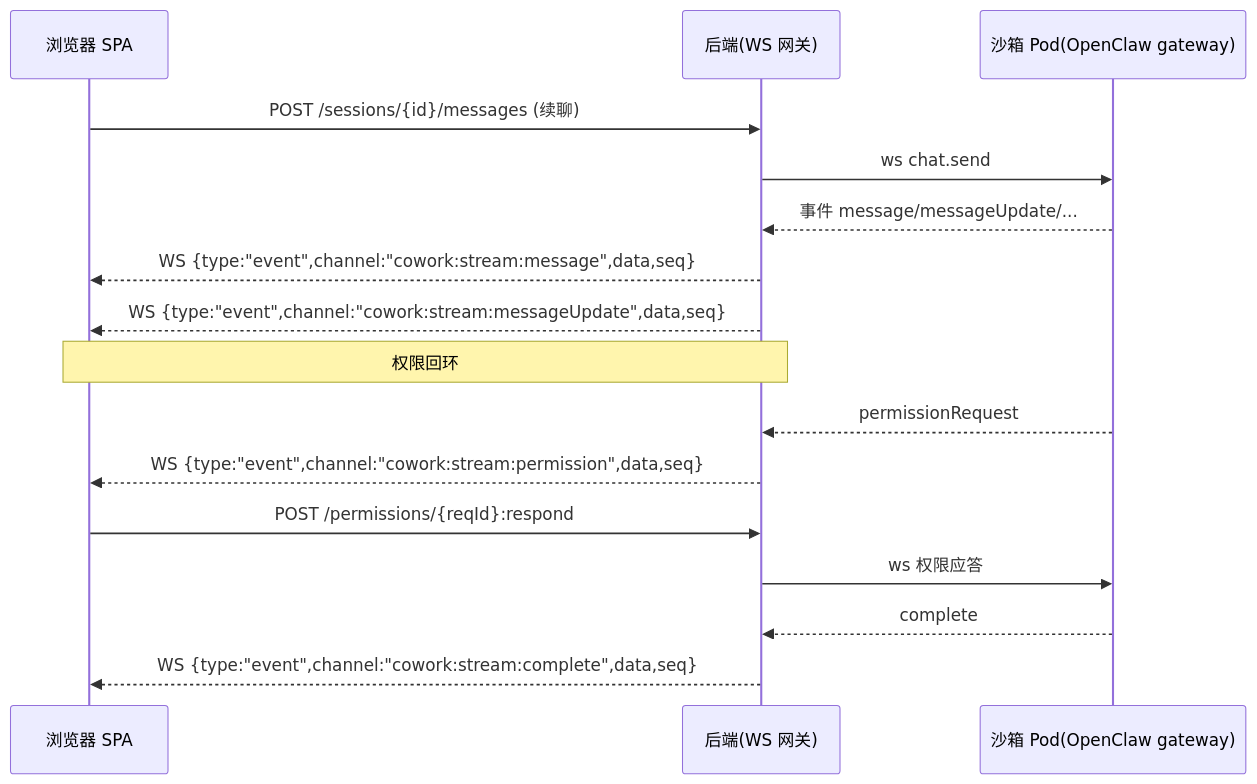
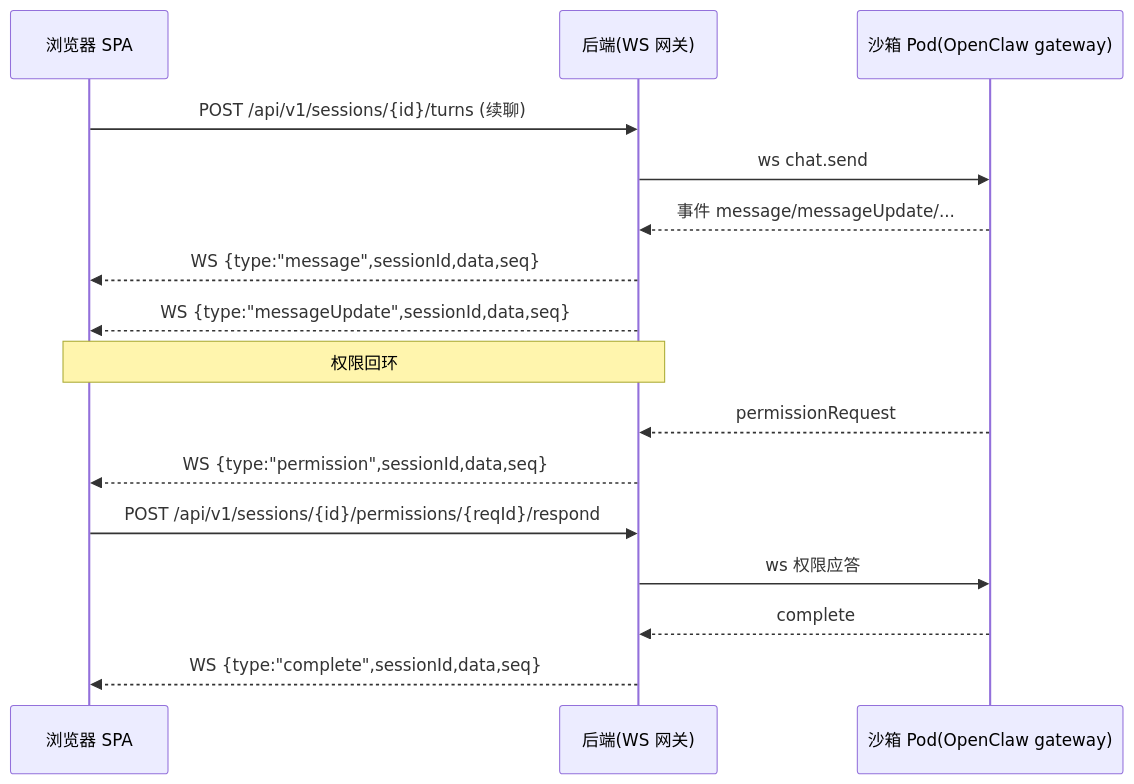
The second of 2 diagrams in 改造计划/附录A-IPC通道与接口映射.md (edward-ng-duke/LobsterAI), drawn with Mermaid before and after one commit. The commit also changed other lines of this file and 27 other files, not shown here.

````diff
--- a/改造计划/附录A-IPC通道与接口映射.md
+++ b/改造计划/附录A-IPC通道与接口映射.md
@@ -405,18 +421,18 @@
 ```mermaid
 sequenceDiagram
   participant UI as 浏览器 SPA
   participant BE as 后端(WS 网关)
   participant SB as 沙箱 Pod(OpenClaw gateway)
-  UI->>BE: POST /sessions/{id}/messages (续聊)
+  UI->>BE: POST /api/v1/sessions/{id}/turns (续聊)
   BE->>SB: ws chat.send
   SB-->>BE: 事件 message/messageUpdate/...
-  BE-->>UI: WS {type:"event",channel:"cowork:stream:message",data,seq}
-  BE-->>UI: WS {type:"event",channel:"cowork:stream:messageUpdate",data,seq}
+  BE-->>UI: WS {type:"message",sessionId,data,seq}
+  BE-->>UI: WS {type:"messageUpdate",sessionId,data,seq}
   Note over UI,BE: 权限回环
   SB-->>BE: permissionRequest
-  BE-->>UI: WS {type:"event",channel:"cowork:stream:permission",data,seq}
-  UI->>BE: POST /permissions/{reqId}:respond
+  BE-->>UI: WS {type:"permission",sessionId,data,seq}
+  UI->>BE: POST /api/v1/sessions/{id}/permissions/{reqId}/respond
   BE->>SB: ws 权限应答
   SB-->>BE: complete
-  BE-->>UI: WS {type:"event",channel:"cowork:stream:complete",data,seq}
+  BE-->>UI: WS {type:"complete",sessionId,data,seq}
 ```
````
